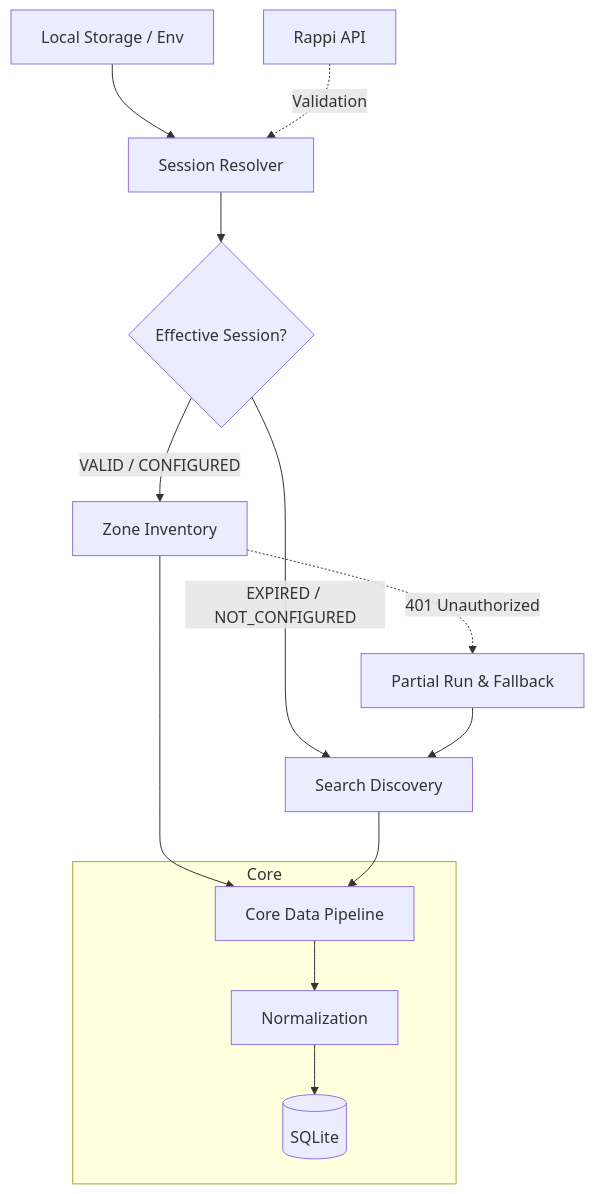
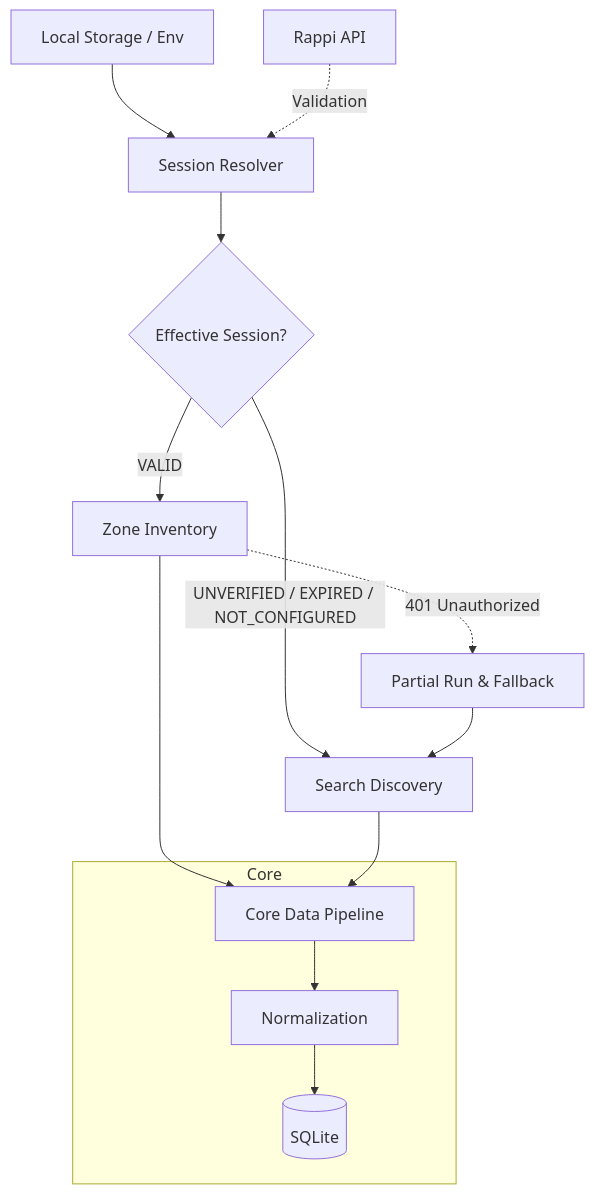
Before and after one commit to yorologo/DealHunter: the third of 3 diagrams in docs/architecture.md, drawn with Mermaid. The commit also changed 7 other files, not shown here.

````diff
--- a/docs/architecture.md
+++ b/docs/architecture.md
@@ -62,21 +62,21 @@
 ```mermaid
 flowchart TD
     CONFIG[Local Storage / Env] --> RESOLVER
     NETWORK[Rappi API] -. Validation .-> RESOLVER
     
     RESOLVER[Session Resolver] --> EFFECTIVE{Effective Session?}
     
-    EFFECTIVE -- "VALID / CONFIGURED" --> ZONE[Zone Inventory]
-    EFFECTIVE -- "EXPIRED / NOT_CONFIGURED" --> SEARCH[Search Discovery]
+    EFFECTIVE -- "VALID" --> ZONE[Zone Inventory]
+    EFFECTIVE -- "UNVERIFIED / EXPIRED / NOT_CONFIGURED" --> SEARCH[Search Discovery]
 
     ZONE -.->|401 Unauthorized| FALLBACK[Partial Run & Fallback]
     FALLBACK --> SEARCH
 
     ZONE --> CORE[Core Data Pipeline]
     SEARCH --> CORE
 
     subgraph Core
     CORE --> NORM[Normalization]
     NORM --> DB[(SQLite)]
     end
 ```
````
